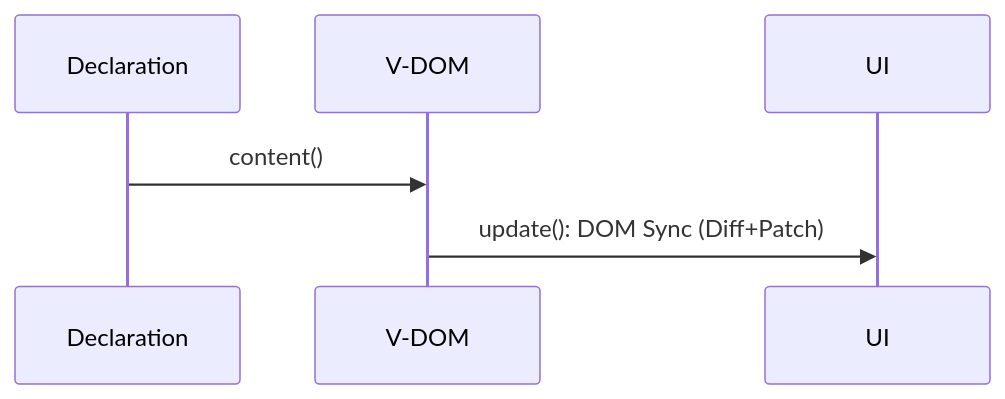
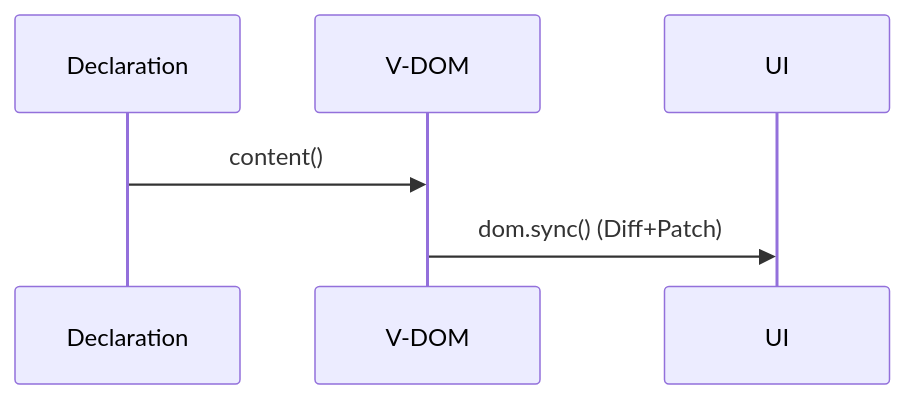
Before and after one commit to buganini/PUI: the first of 3 diagrams in doc/DOM.md, drawn with Mermaid. The commit also changed other lines of this file, not shown here.

Commit message:
minor update

````diff
--- a/doc/DOM.md
+++ b/doc/DOM.md
@@ -2,9 +2,9 @@
 ```mermaid
 sequenceDiagram
     participant Declaration
     participant V-DOM;
     participant UI;
 
     Declaration->>V-DOM: content()
-    V-DOM->>UI: update(): DOM Sync (Diff+Patch)
+    V-DOM->>UI: dom.sync() (Diff+Patch)
 ```
````
